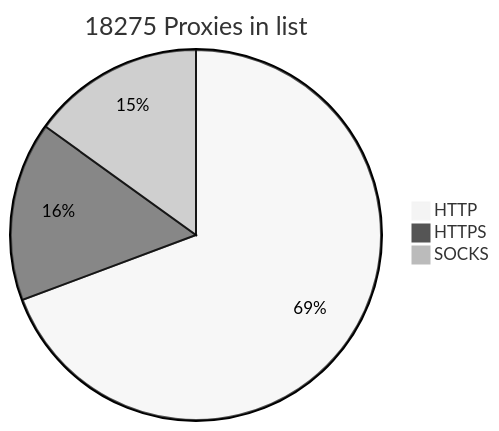
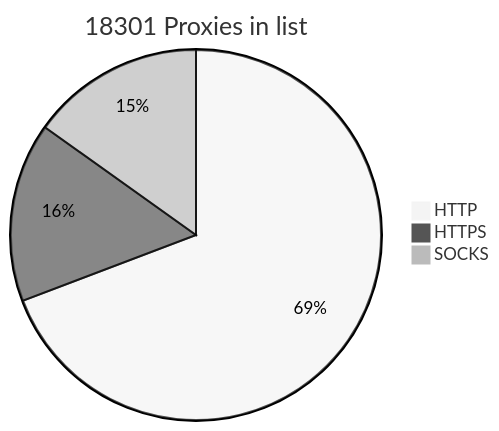
The diagram in README.md (BlackSnowDot/proxylist-update-every-minute), drawn with Mermaid (neutral theme) before and after one commit.

````diff
--- a/README.md
+++ b/README.md
@@ -2,6 +2,6 @@
 ```mermaid
-pie title 18275 Proxies in list
-    "HTTP" : 13652
-    "HTTPS": 3079
-    "SOCKS" : 2966
+pie title 18301 Proxies in list
+    "HTTP" : 13654
+    "HTTPS": 3084
+    "SOCKS" : 2986
 ```
````
